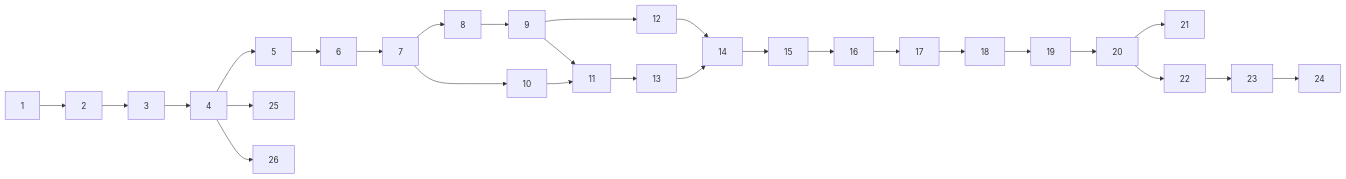
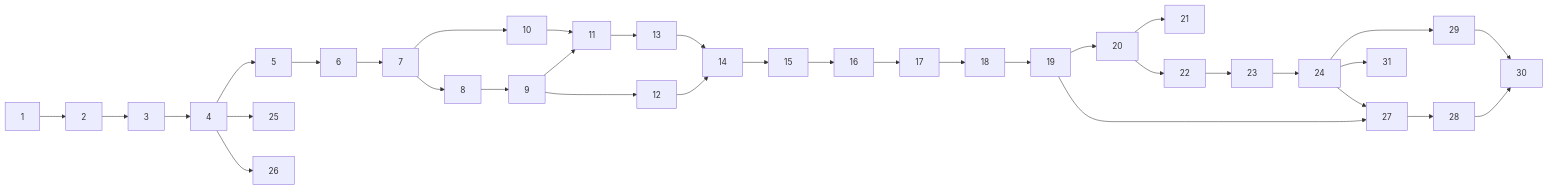
One commit to greentiger0789/engine-sound-simulator changed the diagram in docs/tickets/README.md. Above: the diagram before and after it, drawn with Mermaid. The commit also changed other lines of this file and 7 other files, not shown here.

````diff
--- a/docs/tickets/README.md
+++ b/docs/tickets/README.md
@@ -48,30 +53,37 @@
 ```mermaid
 flowchart LR
   T1[1] --> T2[2]
   T2[2] --> T3[3]
   T3[3] --> T4[4]
   T4[4] --> T5[5]
   T5[5] --> T6[6]
   T6[6] --> T7[7]
   T7[7] --> T8[8]
   T7[7] --> T10[10]
   T8[8] --> T9[9]
   T9[9] --> T11[11]
   T9[9] --> T12[12]
   T10[10] --> T11[11]
   T11[11] --> T13[13]
   T12[12] --> T14[14]
   T13[13] --> T14[14]
   T14[14] --> T15[15]
   T15[15] --> T16[16]
   T16[16] --> T17[17]
   T17[17] --> T18[18]
   T18[18] --> T19[19]
   T19[19] --> T20[20]
   T20[20] --> T21[21]
   T20[20] --> T22[22]
   T22[22] --> T23[23]
   T23[23] --> T24[24]
   T4[4] --> T25[25]
   T4[4] --> T26[26]
+  T19[19] --> T27[27]
+  T24[24] --> T27[27]
+  T27[27] --> T28[28]
+  T24[24] --> T29[29]
+  T28[28] --> T30[30]
+  T29[29] --> T30[30]
+  T24[24] --> T31[31]
 ```
````
